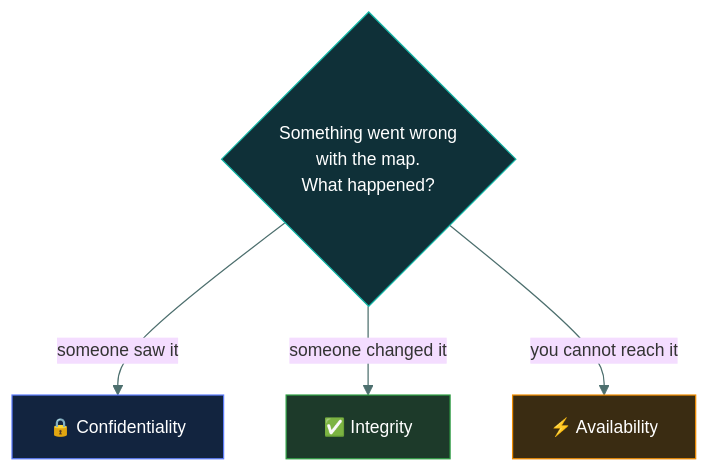
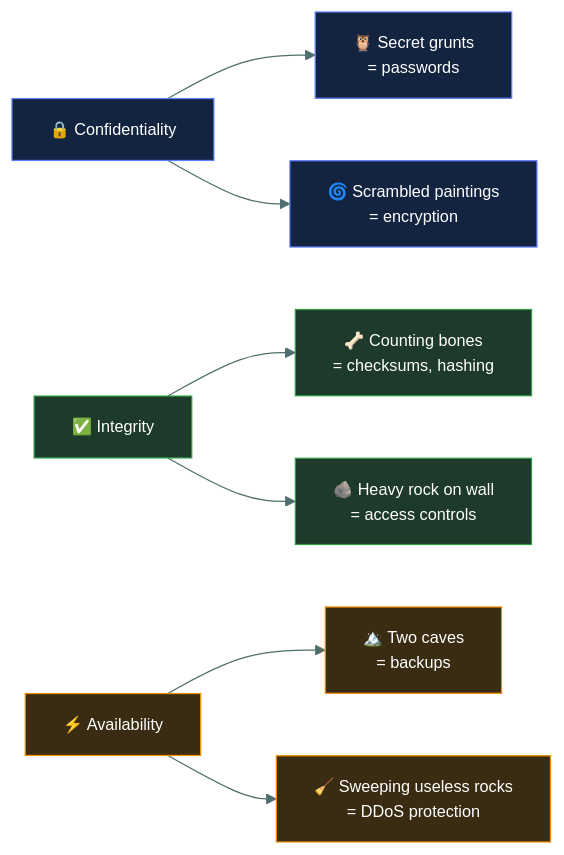
The third of 3 diagrams in 01-security-principles/cia-triad/README.md (tarunTejaDesireddy/cc-exam-prep), drawn with Mermaid before and after one commit. The commit also changed other lines of this file and 1 other file, not shown here.

First line of the commit message:
Rewrite the CIA triad as the Three Big Rules of the Secret Cave

````diff
--- a/01-security-principles/cia-triad/README.md
+++ b/01-security-principles/cia-triad/README.md
@@ -101,13 +131,20 @@
 ```mermaid
-%%{init: {'theme':'base','themeVariables':{'fontFamily':'Segoe UI, Helvetica Neue, Arial, sans-serif','fontSize':'14px','lineColor':'#4d6f6e','textColor':'#dbe7e6'}}}%%
-flowchart TD
-    Q{"Something went wrong<br/>with the map.<br/>What happened?"}
-    Q -->|"someone saw it"| C["🔒 Confidentiality"]
-    Q -->|"someone changed it"| I["✅ Integrity"]
-    Q -->|"you cannot reach it"| A["⚡ Availability"]
+%%{init: {'theme':'base','themeVariables':{'fontFamily':'Segoe UI, Helvetica Neue, Arial, sans-serif','fontSize':'13px','lineColor':'#4d6f6e','textColor':'#dbe7e6'}}}%%
+flowchart LR
+    C["🔒 Confidentiality"] --> C1["🦉 Secret grunts<br/>= passwords"]
+    C --> C2["🌀 Scrambled paintings<br/>= encryption"]
+    I["✅ Integrity"] --> I1["🦴 Counting bones<br/>= checksums, hashing"]
+    I --> I2["🪨 Heavy rock on wall<br/>= access controls"]
+    A["⚡ Availability"] --> A1["🏔️ Two caves<br/>= backups"]
+    A --> A2["🧹 Sweeping useless rocks<br/>= DDoS protection"]
 
-    style Q fill:#0f3038,stroke:#12B5A5,color:#fff
     style C fill:#12243f,stroke:#5C7CFA,color:#fff
+    style C1 fill:#12243f,stroke:#5C7CFA,color:#fff
+    style C2 fill:#12243f,stroke:#5C7CFA,color:#fff
     style I fill:#1d3a2a,stroke:#2F9E44,color:#fff
+    style I1 fill:#1d3a2a,stroke:#2F9E44,color:#fff
+    style I2 fill:#1d3a2a,stroke:#2F9E44,color:#fff
     style A fill:#3a2c12,stroke:#F08C00,color:#fff
+    style A1 fill:#3a2c12,stroke:#F08C00,color:#fff
+    style A2 fill:#3a2c12,stroke:#F08C00,color:#fff
 ```
````
